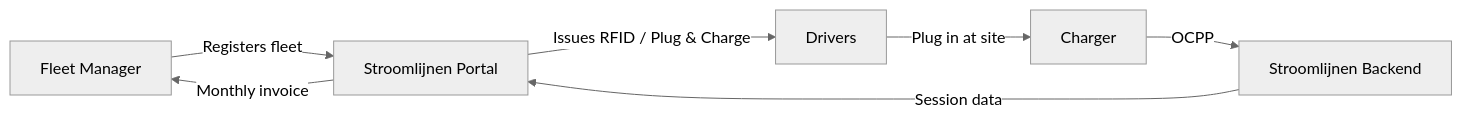
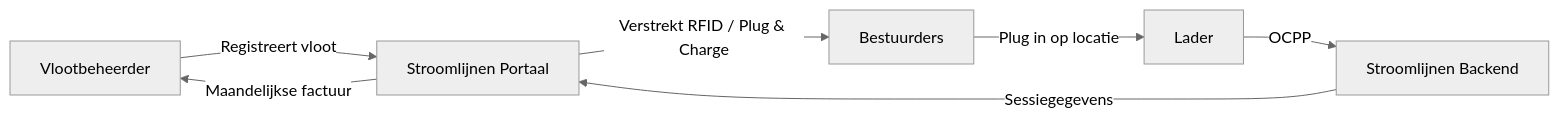
Before and after one commit to imichelena/stroomlijnen-docs: the diagram in docs/getting-started/intro.md, drawn with Mermaid (neutral theme). The commit also changed other lines of this file and 32 other files, not shown here.

````diff
--- a/docs/getting-started/intro.md
+++ b/docs/getting-started/intro.md
@@ -30,9 +30,9 @@
 ```mermaid
 graph LR
-    A[Fleet Manager] -->|Registers fleet| B[Stroomlijnen Portal]
-    B -->|Issues RFID / Plug & Charge| C[Drivers]
-    C -->|Plug in at site| D[Charger]
+    A[Vlootbeheerder] -->|Registreert vloot| B[Stroomlijnen Portaal]
+    B -->|Verstrekt RFID / Plug & Charge| C[Bestuurders]
+    C -->|Plug in op locatie| D[Lader]
     D -->|OCPP| E[Stroomlijnen Backend]
-    E -->|Session data| B
-    B -->|Monthly invoice| A
+    E -->|Sessiegegevens| B
+    B -->|Maandelijkse factuur| A
 ```
````
